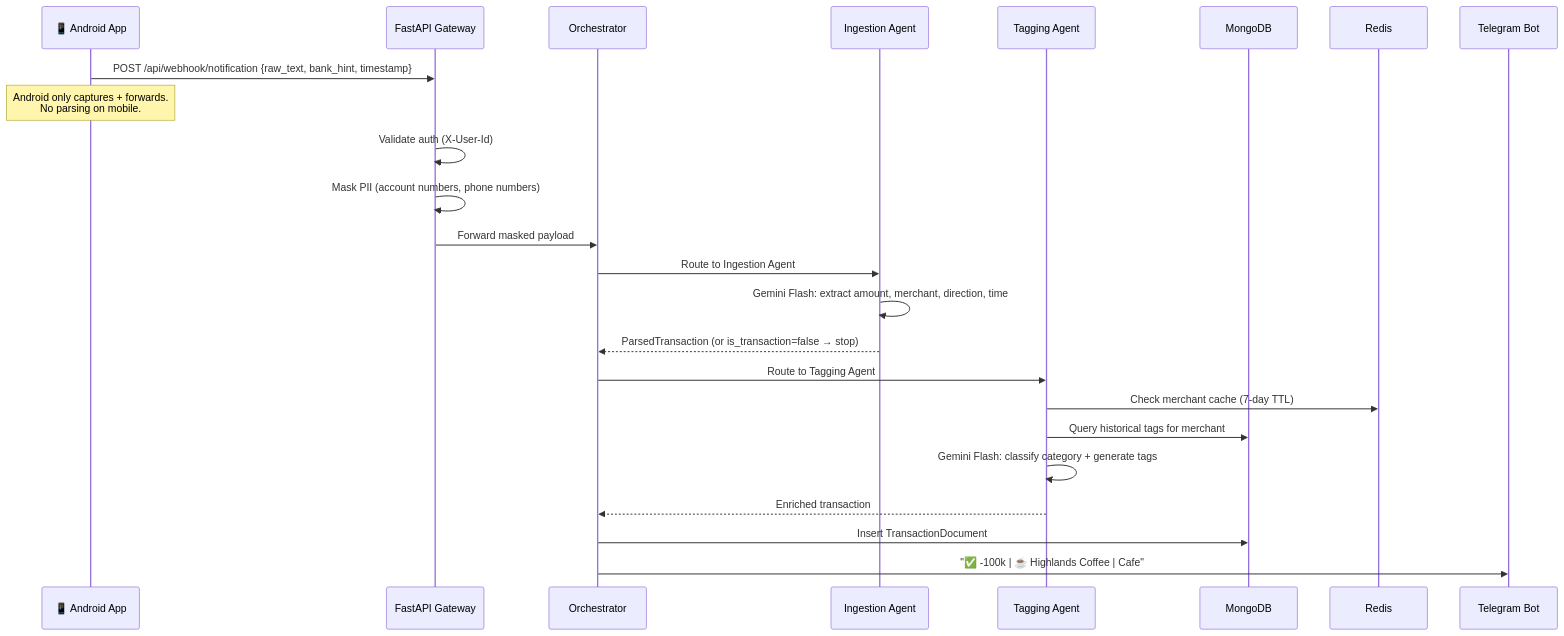
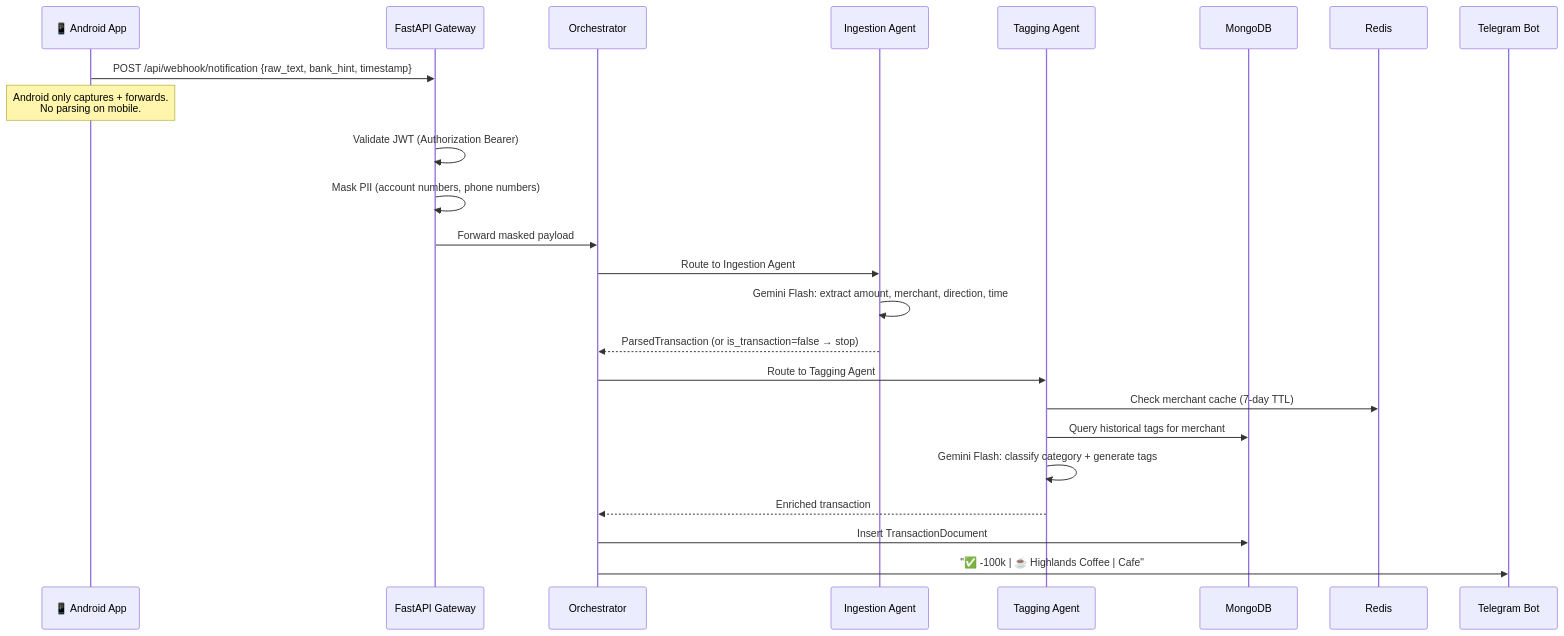
The first of 20 diagrams in docs/FLOWS.md (nqhuy44/chiwi), drawn with Mermaid before and after one commit. The commit also changed other lines of this file and 50 other files, not shown here.

Commit message:
refactor schema of the project, move to use ODM

````diff
--- a/docs/FLOWS.md
+++ b/docs/FLOWS.md
@@ -7,27 +7,27 @@
 ```mermaid
 sequenceDiagram
     participant Android as 📱 Android App
     participant GW as FastAPI Gateway
     participant Orch as Orchestrator
     participant IA as Ingestion Agent
     participant TA as Tagging Agent
     participant Mongo as MongoDB
     participant Redis as Redis
     participant TG as Telegram Bot
 
     Android->>GW: POST /api/webhook/notification {raw_text, bank_hint, timestamp}
     Note over Android: Android only captures + forwards.<br/>No parsing on mobile.
-    GW->>GW: Validate auth (X-User-Id)
+    GW->>GW: Validate JWT (Authorization Bearer)
     GW->>GW: Mask PII (account numbers, phone numbers)
     GW->>Orch: Forward masked payload
     Orch->>IA: Route to Ingestion Agent
     IA->>IA: Gemini Flash: extract amount, merchant, direction, time
     IA-->>Orch: ParsedTransaction (or is_transaction=false → stop)
     Orch->>TA: Route to Tagging Agent
     TA->>Redis: Check merchant cache (7-day TTL)
     TA->>Mongo: Query historical tags for merchant
     TA->>TA: Gemini Flash: classify category + generate tags
     TA-->>Orch: Enriched transaction
     Orch->>Mongo: Insert TransactionDocument
     Orch->>TG: "✅ -100k | ☕ Highlands Coffee | Cafe"
 ```
````
